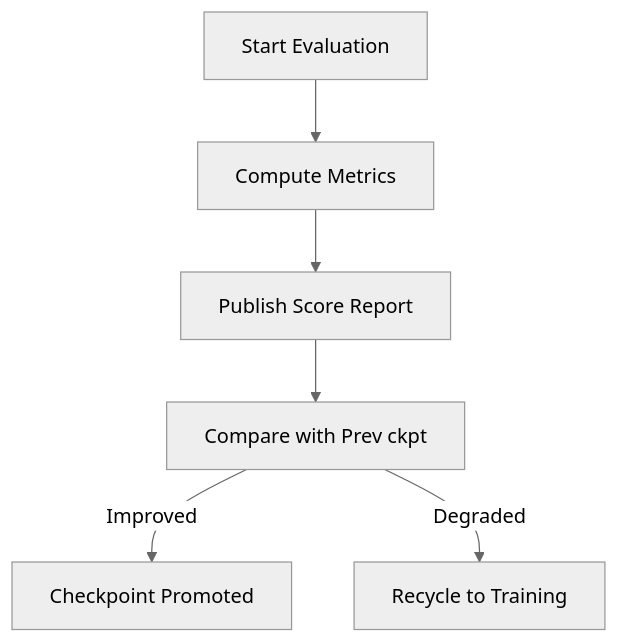
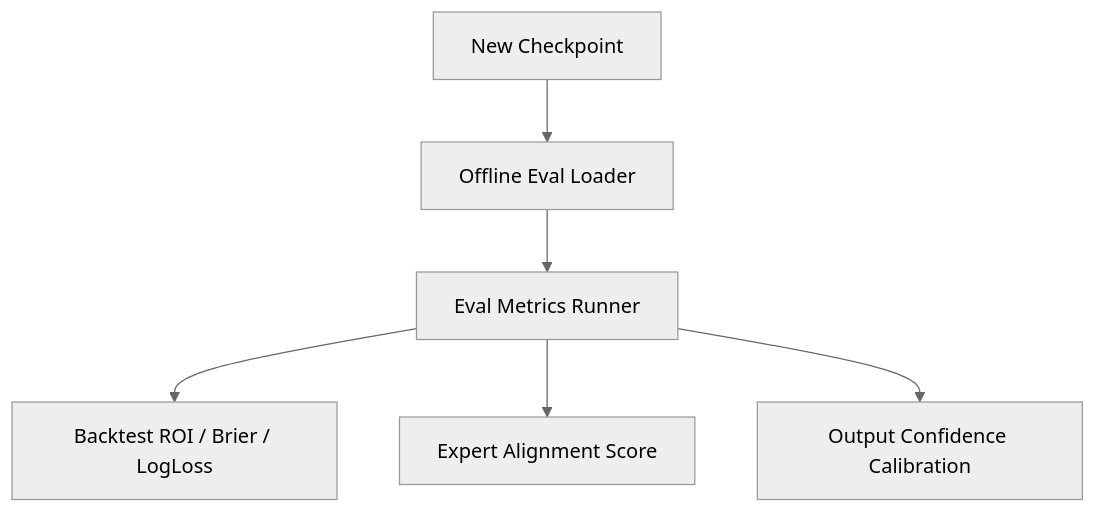
Before and after one commit to VegaisMVP/AI-prediction-model-research: diagram 11 of 15 in 03_training_pipeline.md, drawn with Mermaid (neutral theme). The commit also changed other lines of this file, not shown here.

````diff
--- a/03_training_pipeline.md
+++ b/03_training_pipeline.md
@@ -181,8 +618,8 @@
 ```mermaid
 flowchart TD
-    EvalStart[Start Evaluation] --> Metrics[Compute Metrics]
-    Metrics --> Report[Publish Score Report]
-    Report --> Compare[Compare with Prev ckpt]
-    Compare -->|Improved| Promote[Checkpoint Promoted]
-    Compare -->|Degraded| Recycle[Recycle to Training]
+    A[New Checkpoint] --> B[Offline Eval Loader]
+    B --> C[Eval Metrics Runner]
+    C --> D[Backtest ROI / Brier / LogLoss]
+    C --> E[Expert Alignment Score]
+    C --> F[Output Confidence Calibration]
 ```
````
